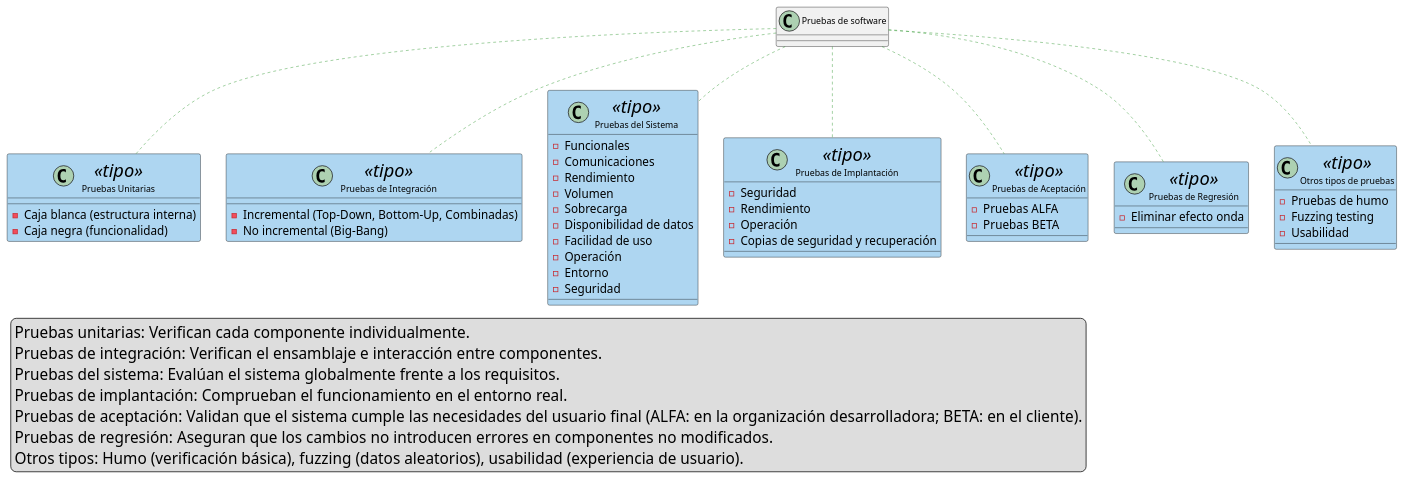
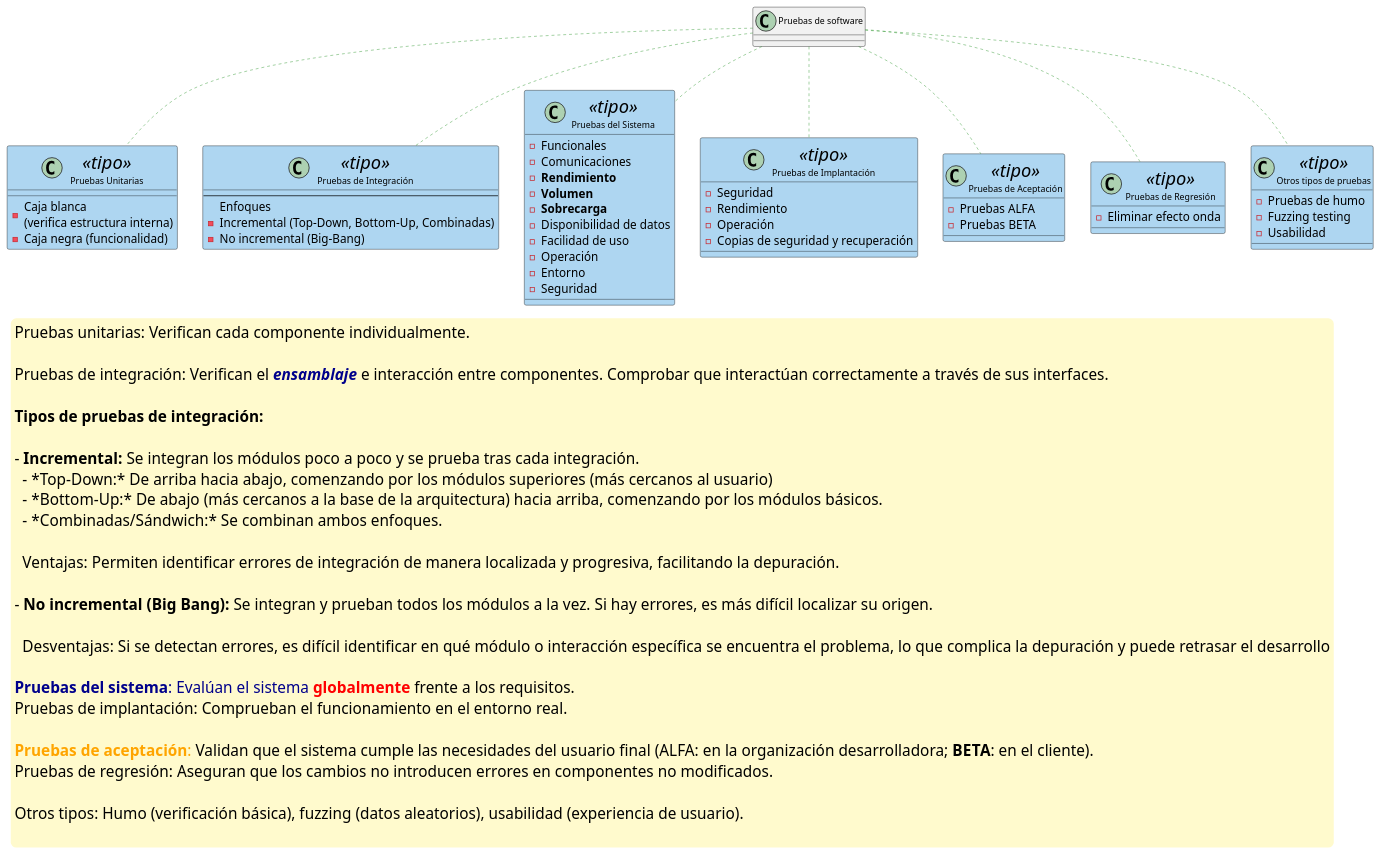
One commit to luisgomezgithub/CursoGit changed the first of 3 diagrams in 7.Pruebas_Unitarias.puml. Above: the diagram before and after it, drawn with PlantUML. The commit also changed other lines of this file and 13 other files, not shown here.

```diff
--- a/7.Pruebas_Unitarias.puml
+++ b/7.Pruebas_Unitarias.puml
@@ -1,85 +1,109 @@
 @startuml scale=2.5
 skinparam defaultFontName "Arial"
 skinparam defaultFontSize 25
 
 skinparam classAttributeFontSize 16
 skinparam classFontSize 16
+
+skinparam legendBackgroundColor #FFFACD  
+skinparam legendBorderColor none 
 
 skinparam class {
     BackgroundColor<<tipo>> #aed6f1
     BorderColor Black
     FontSize 12
 }
 <style>
 	legend {
 		FontSize 21
 		FontName Arial
 		FontColor black
 	}
     arrow {
         LineStyle 4
         LineThickness 0.5
         LineColor green
 	}
 </style>
 
 class "Pruebas de software" 
 
 class "Pruebas Unitarias" <<tipo>> {
-    - Caja blanca (estructura interna)
+    - Caja blanca \n(verifica estructura interna)
     - Caja negra (funcionalidad)
 }
 class "Pruebas de Integración" <<tipo>> {
+  --
+  Enfoques
     - Incremental (Top-Down, Bottom-Up, Combinadas)
     - No incremental (Big-Bang)
 }
+
 class "Pruebas del Sistema" <<tipo>> {
     - Funcionales
     - Comunicaciones
-    - Rendimiento
-    - Volumen
-    - Sobrecarga
+    - **Rendimiento**
+    - **Volumen**
+    - **Sobrecarga**
     - Disponibilidad de datos
     - Facilidad de uso
     - Operación
     - Entorno
     - Seguridad
 }
 class "Pruebas de Implantación" <<tipo>> {
     - Seguridad
     - Rendimiento
     - Operación
     - Copias de seguridad y recuperación
 }
 class "Pruebas de Aceptación" <<tipo>> {
     - Pruebas ALFA
     - Pruebas BETA
 }
 class "Pruebas de Regresión" <<tipo>> {
     - Eliminar efecto onda
 }
 class "Otros tipos de pruebas" <<tipo>> {
     - Pruebas de humo
     - Fuzzing testing
     - Usabilidad
 }
 
 
 "Pruebas de software" -- "Pruebas Unitarias"
 "Pruebas de software" -- "Pruebas de Integración"
 "Pruebas de software" -- "Pruebas del Sistema"
 "Pruebas de software" -- "Pruebas de Implantación"
 "Pruebas de software" -- "Pruebas de Aceptación"
 "Pruebas de software" -- "Pruebas de Regresión"
 "Pruebas de software" -- "Otros tipos de pruebas"
 
 legend left
 Pruebas unitarias: Verifican cada componente individualmente.
-Pruebas de integración: Verifican el ensamblaje e interacción entre componentes.
-Pruebas del sistema: Evalúan el sistema globalmente frente a los requisitos.
+
+Pruebas de integración: Verifican el <color DarkBLue><i>**ensamblaje**</i></color> e interacción entre componentes. Comprobar que interactúan correctamente a través de sus interfaces.
+
+**Tipos de pruebas de integración:**
+
+- **Incremental:** Se integran los módulos poco a poco y se prueba tras cada integración.
+  - *Top-Down:* De arriba hacia abajo, comenzando por los módulos superiores (más cercanos al usuario)
+  - *Bottom-Up:* De abajo (más cercanos a la base de la arquitectura) hacia arriba, comenzando por los módulos básicos.
+  - *Combinadas/Sándwich:* Se combinan ambos enfoques.
+  
+  Ventajas: Permiten identificar errores de integración de manera localizada y progresiva, facilitando la depuración.
+
+- **No incremental (Big Bang):** Se integran y prueban todos los módulos a la vez. Si hay errores, es más difícil localizar su origen.
+
+  Desventajas: Si se detectan errores, es difícil identificar en qué módulo o interacción específica se encuentra el problema, lo que complica la depuración y puede retrasar el desarrollo
+
+<color darkblue>**Pruebas del sistema**: Evalúan el sistema <color Red>**globalmente**</color> frente a los requisitos.
 Pruebas de implantación: Comprueban el funcionamiento en el entorno real.
-Pruebas de aceptación: Validan que el sistema cumple las necesidades del usuario final (ALFA: en la organización desarrolladora; BETA: en el cliente).
+
+<color Orange>**Pruebas de aceptación**:</color> Validan que el sistema cumple las necesidades del usuario final (ALFA: en la organización desarrolladora; **BETA**: en el cliente).
 Pruebas de regresión: Aseguran que los cambios no introducen errores en componentes no modificados.
+
 Otros tipos: Humo (verificación básica), fuzzing (datos aleatorios), usabilidad (experiencia de usuario).
+
 endlegend
 @enduml
```
